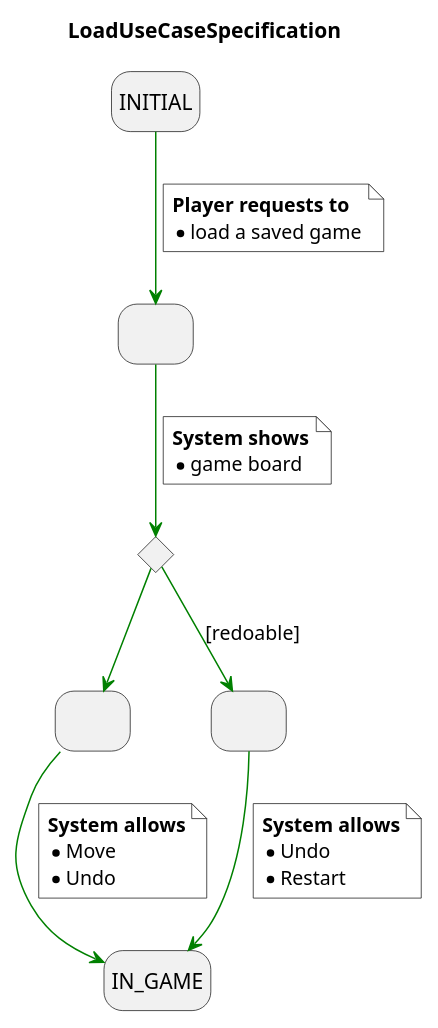
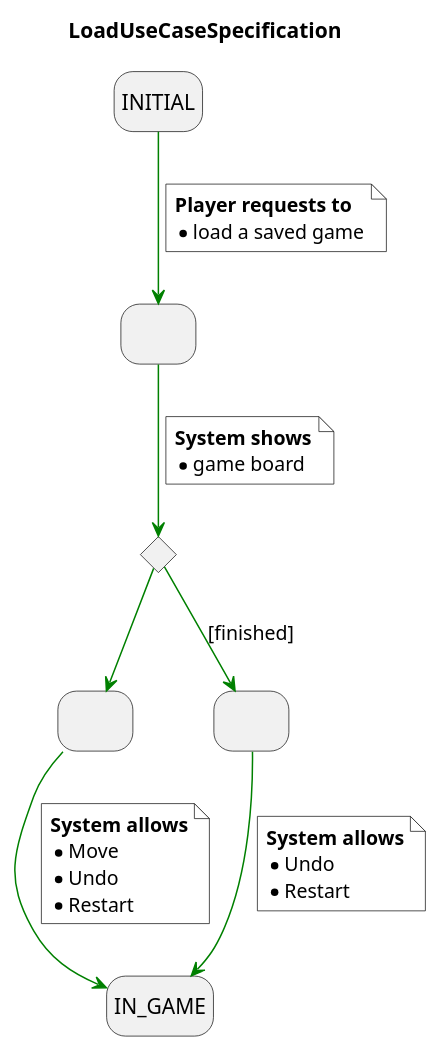
The diagram in docs/src/use-cases/specification/load-spec.plantuml (Master-Desarrollo-20-21/patrones-diseno---practica-final---juego-de-las-damas-fraylopez), drawn with PlantUML before and after one commit. The commit also changed 4 other files, not shown here.

```diff
--- a/docs/src/use-cases/specification/load-spec.plantuml
+++ b/docs/src/use-cases/specification/load-spec.plantuml
@@ -1,43 +1,45 @@
 @startuml LoadUseCaseSpecification
 title LoadUseCaseSpecification
+
 skinparam NoteBackgroundColor white
 hide empty description
 
 state savedGameList as " "
 state idFinished <<choice>>
-state redoable as " "
+state continue as " "
 state finished as " "
 
 
 
 INITIAL -[#green]-> savedGameList
 note on link #white
   <b>Player requests to
   * load a saved game
 end note
 savedGameList -[#green]-> idFinished
 note on link #white
   <b>System shows
   * game board
 end note
 
-idFinished -[#green]-> redoable
-idFinished -[#green]-> finished  : [redoable]
+idFinished -[#green]-> continue
+idFinished -[#green]-> finished  : [finished]
 
 
-redoable -[#green]-> IN_GAME
+continue -[#green]-> IN_GAME
 note on link
   <b>System allows
   * Move
   * Undo
+  * Restart
 end note
 
 finished -[#green]-> IN_GAME
 note on link
   <b>System allows
   * Undo
   * Restart
 end note
 
 
 @enduml
```
